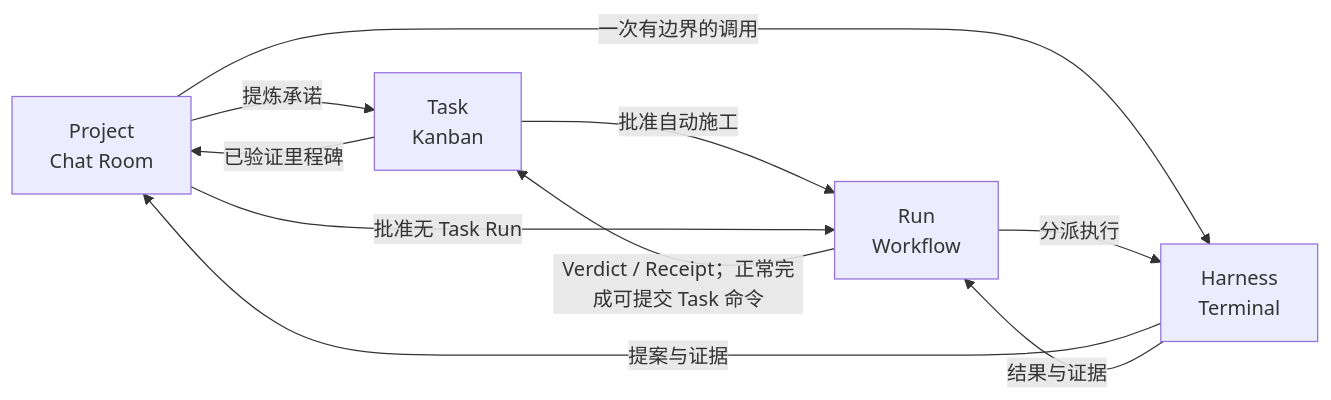
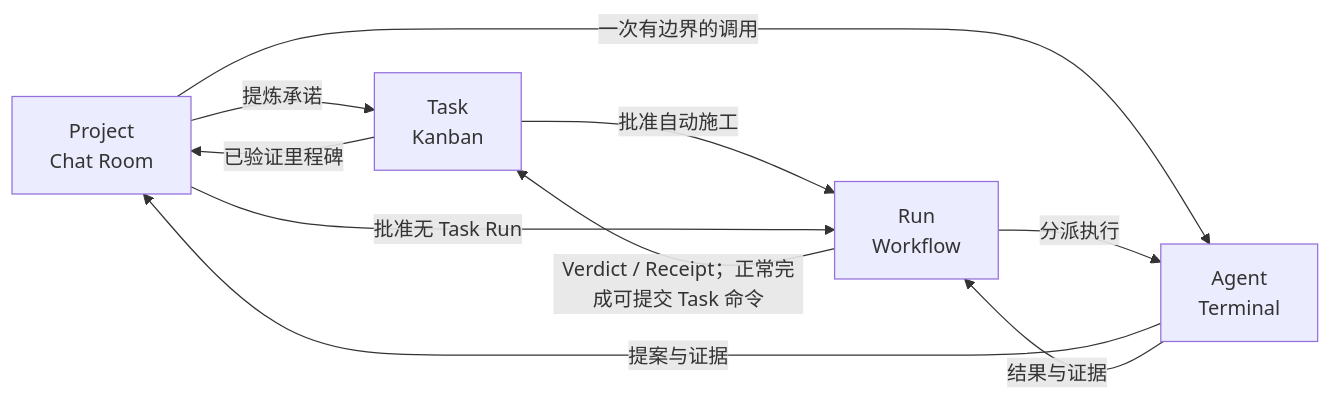
The first of 2 diagrams in README.md (yesme/hctl2), drawn with Mermaid before and after one commit. The commit also changed other lines of this file and 15 other files, not shown here.

Commit message:
docs: rename fourth module to Agent; Harness becomes the system role

````diff
--- a/README.md
+++ b/README.md
@@ -50,12 +50,12 @@
 ```mermaid
 flowchart LR
     P["Project\nChat Room"] -->|提炼承诺| T["Task\nKanban"]
     T -->|批准自动施工| R["Run\nWorkflow"]
     P -->|批准无 Task Run| R
-    P -->|一次有边界的调用| H["Harness\nTerminal"]
+    P -->|一次有边界的调用| H["Agent\nTerminal"]
     R -->|分派执行| H
     H -->|提案与证据| P
     H -->|结果与证据| R
     R -->|Verdict / Receipt；正常完成可提交 Task 命令| T
     T -->|已验证里程碑| P
 ```
````
